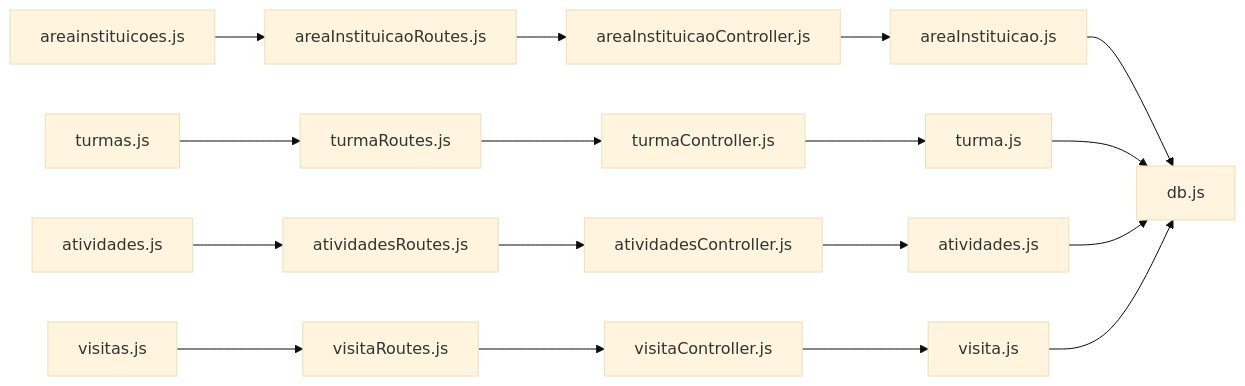
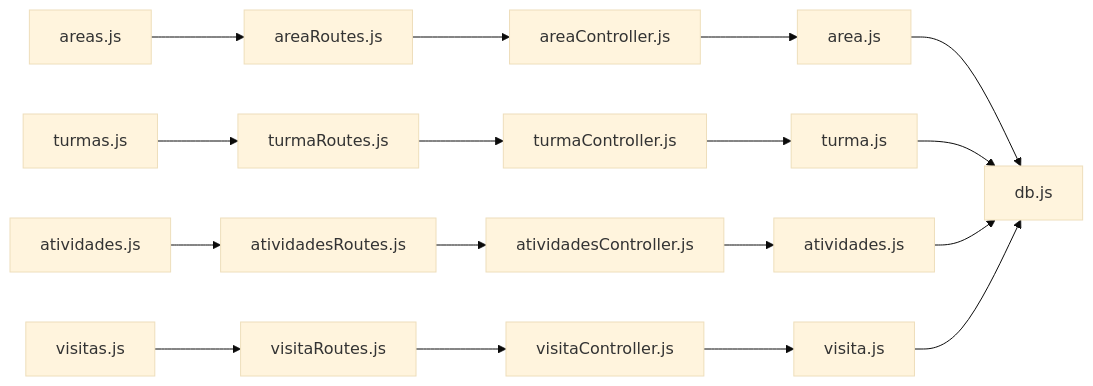
The eighth of 8 diagrams in .qoder/repowiki/en/content/Data Models & Database Design/Institutional Management Models.md (luiseduacosta/nodemural), drawn with Mermaid (base theme) before and after one commit. The commit also changed other lines of this file and 25 other files, not shown here.

````diff
--- a/.qoder/repowiki/en/content/Data Models & Database Design/Institutional Management Models.md
+++ b/.qoder/repowiki/en/content/Data Models & Database Design/Institutional Management Models.md
@@ -467,19 +467,19 @@
 ```mermaid
 graph LR
-UI_A["areainstituicoes.js"] --> R_A["areaInstituicaoRoutes.js"]
+UI_A["areas.js"] --> R_A["areaRoutes.js"]
 UI_T["turmas.js"] --> R_T["turmaRoutes.js"]
 UI_AT["atividades.js"] --> R_AT["atividadesRoutes.js"]
 UI_V["visitas.js"] --> R_V["visitaRoutes.js"]
-R_A --> C_A["areaInstituicaoController.js"]
+R_A --> C_A["areaController.js"]
 R_T --> C_T["turmaController.js"]
 R_AT --> C_AT["atividadesController.js"]
 R_V --> C_V["visitaController.js"]
-C_A --> M_A["areaInstituicao.js"]
+C_A --> M_A["area.js"]
 C_T --> M_T["turma.js"]
 C_AT --> M_AT["atividades.js"]
 C_V --> M_V["visita.js"]
 M_A --> P["db.js"]
 M_T --> P
 M_AT --> P
 M_V --> P
 ```
````
